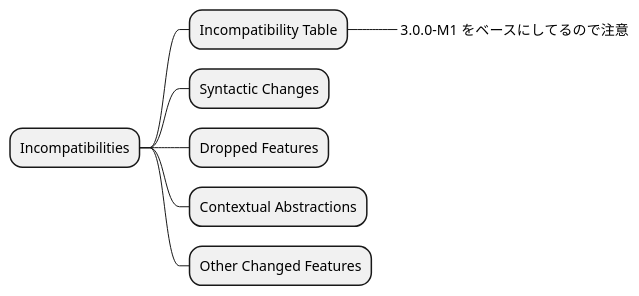
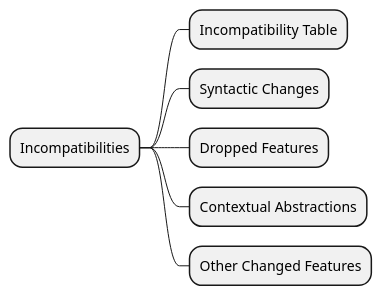
Before and after one commit to shinharad/getting-started-with-scala3: the fourth of 6 diagrams in docs/step01/04_Migration_guideを俯瞰してみる.md, drawn with PlantUML. The commit also changed 8 other files, not shown here.

````diff
--- a/docs/step01/04_Migration_guideを俯瞰してみる.md
+++ b/docs/step01/04_Migration_guideを俯瞰してみる.md
@@ -66,11 +66,10 @@
 ```plantuml
 @startmindmap
 * Incompatibilities
 ** Incompatibility Table
-***_ 3.0.0-M1 をベースにしてるので注意
 ** Syntactic Changes
 ** Dropped Features
 ** Contextual Abstractions
 ** Other Changed Features
 @endmindmap
 ```
````
